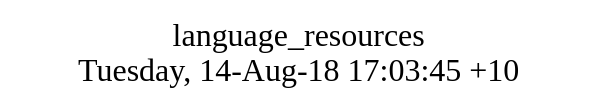
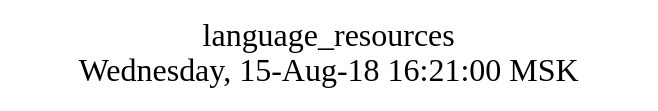
Before and after one commit to AplaProject/apps: the diagram in src/language_resources/struct.dot, drawn with Graphviz. The commit also changed 11 other files, not shown here.

```diff
--- a/src/language_resources/struct.dot
+++ b/src/language_resources/struct.dot
@@ -1,8 +1,10 @@
 digraph G {
-fontsize="24";
-label="language_resources\nTuesday, 14-Aug-18 17:03:45 +10";
-nojustify=true;
-ordering=out;
-rankdir=LR;
-size="30";
+graph [
+  fontsize="24";
+  label="language_resources\nWednesday, 15-Aug-18 16:21:00 MSK";
+  nojustify=true;
+  ordering=out;
+  rankdir=LR;
+  size="30";
+];
 }
```
